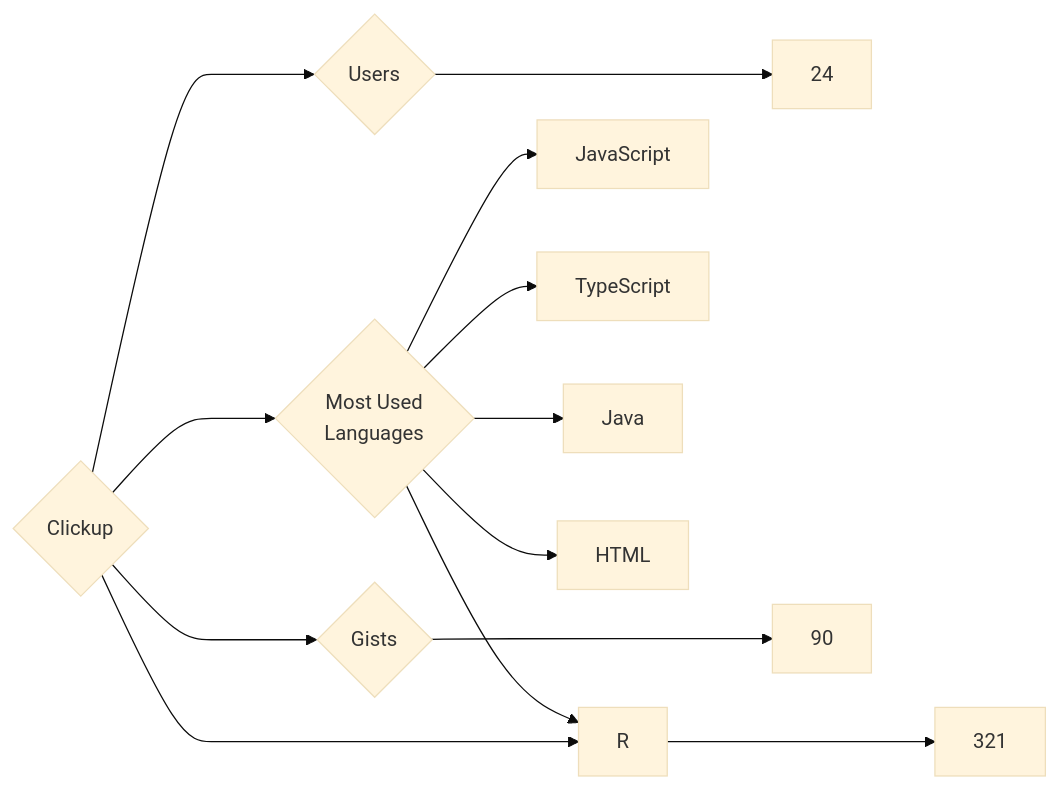
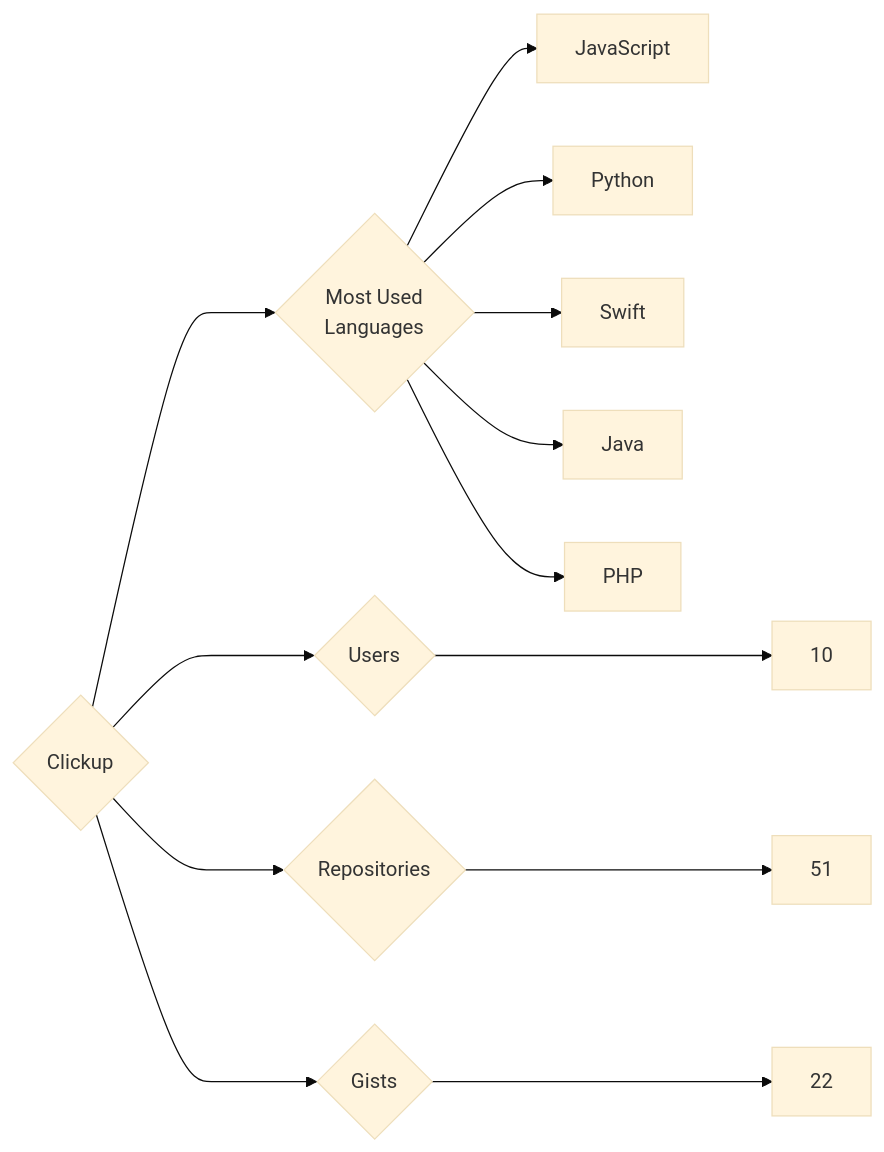
Before and after one commit to trickest/insiders: the diagram in targets/Clickup/README.md, drawn with Mermaid (base theme). The commit also changed 1084 other files, not shown here.

````diff
--- a/targets/Clickup/README.md
+++ b/targets/Clickup/README.md
@@ -3,13 +3,13 @@
 ```mermaid
 graph LR
 COMPANY_NAME{Clickup}
-COMPANY_NAME ---> U{Users} ---> UN[24]
-COMPANY_NAME ---> R{Repositories} ---> RN[321]
-COMPANY_NAME ---> G{Gists} ---> GN[90]
+COMPANY_NAME ---> U{Users} ---> UN[10]
+COMPANY_NAME ---> R{Repositories} ---> RN[51]
+COMPANY_NAME ---> G{Gists} ---> GN[22]
 COMPANY_NAME ---> ML{Most Used<br>Languages}
 ML --> JavaScript[JavaScript]
-ML --> TypeScript[TypeScript]
+ML --> Python[Python]
+ML --> Swift[Swift]
 ML --> Java[Java]
-ML --> HTML[HTML]
-ML --> R[R]
+ML --> PHP[PHP]
 ```
````
